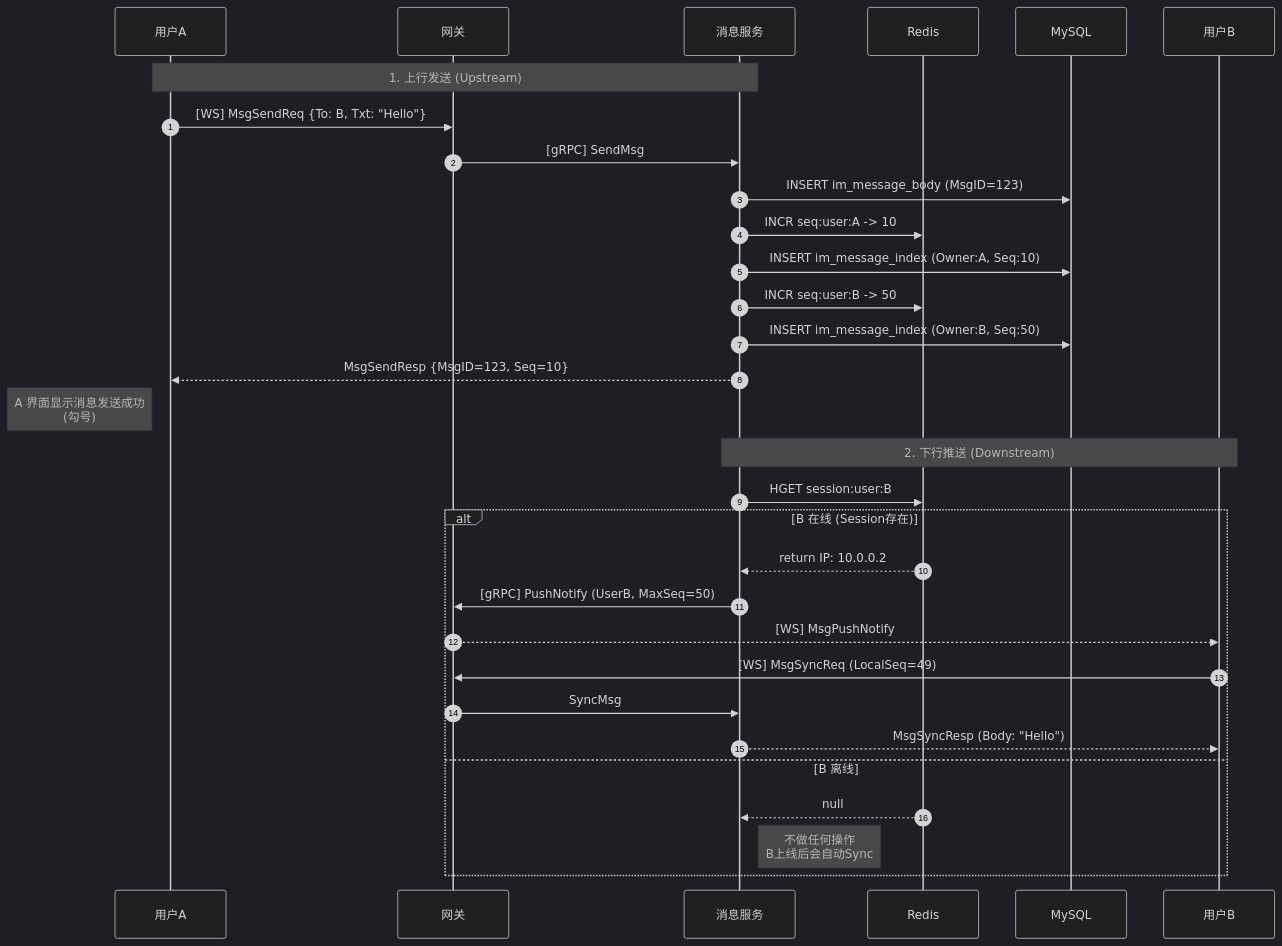
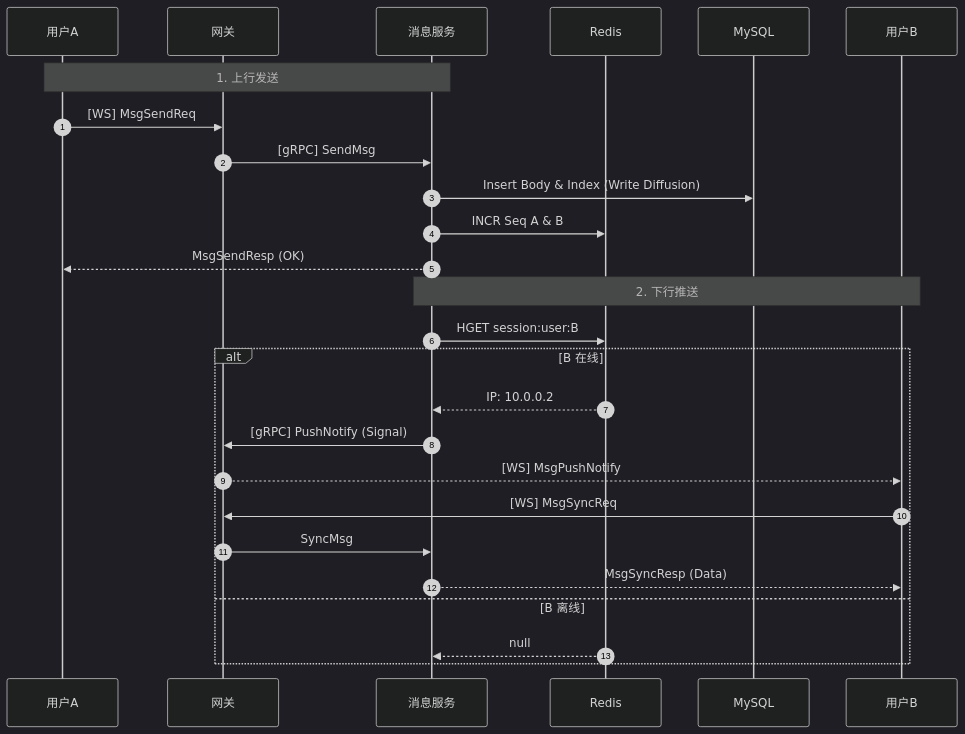
Before and after one commit to myluster/MyTinyIM: the fourth of 4 diagrams in IM即时通信服务器端架构.md, drawn with Mermaid (dark theme). The commit also changed other lines of this file, not shown here.

````diff
--- a/IM即时通信服务器端架构.md
+++ b/IM即时通信服务器端架构.md
@@ -2441,71 +533,30 @@
 ```mermaid
+sequenceDiagram
+    autonumber
+    participant UserA as 用户A
+    participant GW as 网关
+    participant MsgSvc as 消息服务
+    participant Redis as Redis
+    participant MySQL as MySQL
+    participant UserB as 用户B
 
-sequenceDiagram
+    Note over UserA, MsgSvc: 1. 上行发送
+    UserA->>GW: [WS] MsgSendReq
+    GW->>MsgSvc: [gRPC] SendMsg
+    MsgSvc->>MySQL: Insert Body & Index (Write Diffusion)
+    MsgSvc->>Redis: INCR Seq A & B
+    MsgSvc-->>UserA: MsgSendResp (OK)
 
-    autonumber
-
-    participant UserA as 用户A
-
-    participant GW as 网关
-
-    participant MsgSvc as 消息服务
-
-    participant Redis as Redis
-
-    participant MySQL as MySQL
-
-    participant UserB as 用户B
-
-  
-
-    Note over UserA, MsgSvc: 1. 上行发送 (Upstream)
-
-    UserA->>GW: [WS] MsgSendReq {To: B, Txt: "Hello"}
-
-    GW->>MsgSvc: [gRPC] SendMsg
-
-    MsgSvc->>MySQL: INSERT im_message_body (MsgID=123)
-
-    MsgSvc->>Redis: INCR seq:user:A -> 10
-
-    MsgSvc->>MySQL: INSERT im_message_index (Owner:A, Seq:10)
-
-    MsgSvc->>Redis: INCR seq:user:B -> 50
-
-    MsgSvc->>MySQL: INSERT im_message_index (Owner:B, Seq:50)
-
-  
-
-    MsgSvc-->>UserA: MsgSendResp {MsgID=123, Seq=10}
-
-    Note left of UserA: A 界面显示消息发送成功<br/>(勾号)
-
-  
-
-    Note over MsgSvc, UserB: 2. 下行推送 (Downstream)
-
-    MsgSvc->>Redis: HGET session:user:B
-
-    alt B 在线 (Session存在)
-
-        Redis-->>MsgSvc: return IP: 10.0.0.2
-
-        MsgSvc->>GW: [gRPC] PushNotify (UserB, MaxSeq=50)
-
-        GW-->>UserB: [WS] MsgPushNotify
-
-        UserB->>GW: [WS] MsgSyncReq (LocalSeq=49)
-
-        GW->>MsgSvc: SyncMsg
-
-        MsgSvc-->>UserB: MsgSyncResp (Body: "Hello")
-
-    else B 离线
-
-        Redis-->>MsgSvc: null
-
-        Note right of MsgSvc: 不做任何操作<br/>B上线后会自动Sync
-
-    end
-
+    Note over MsgSvc, UserB: 2. 下行推送
+    MsgSvc->>Redis: HGET session:user:B
+    alt B 在线
+        Redis-->>MsgSvc: IP: 10.0.0.2
+        MsgSvc->>GW: [gRPC] PushNotify (Signal)
+        GW-->>UserB: [WS] MsgPushNotify
+        UserB->>GW: [WS] MsgSyncReq
+        GW->>MsgSvc: SyncMsg
+        MsgSvc-->>UserB: MsgSyncResp (Data)
+    else B 离线
+        Redis-->>MsgSvc: null
+    end
 ```
````
